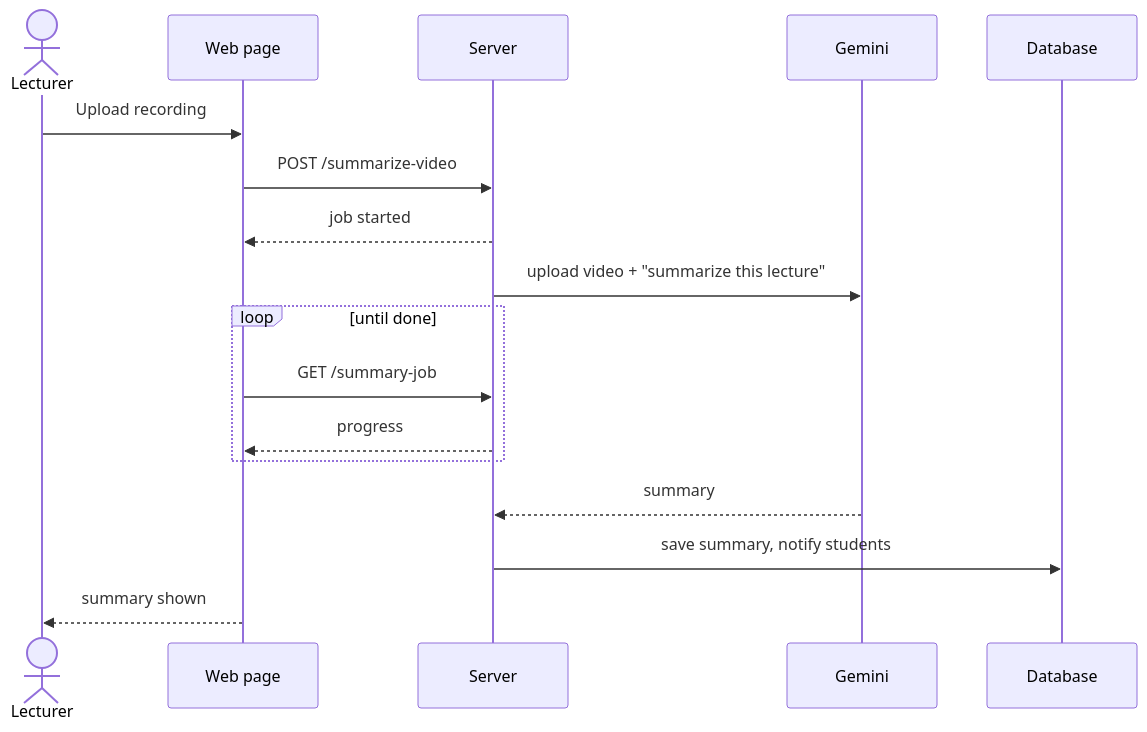
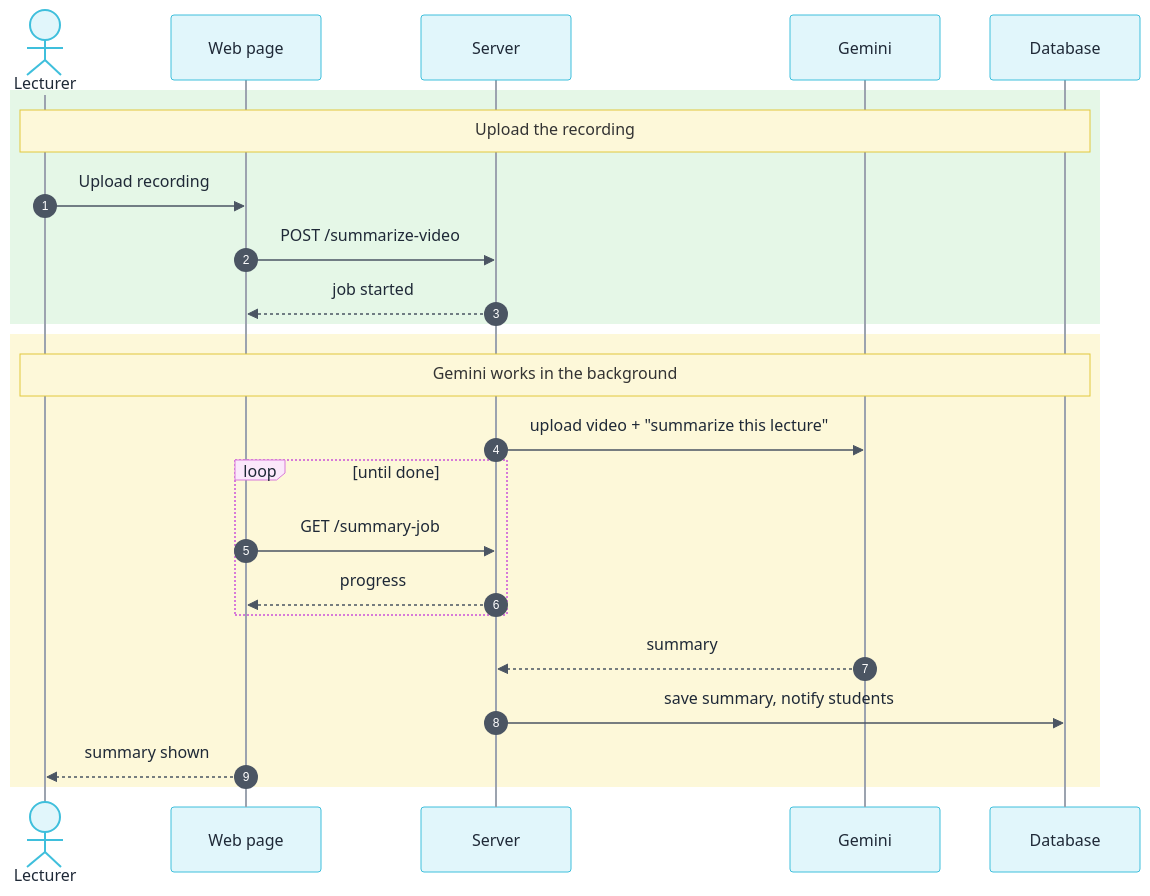
One commit to YairCohen3/OOP-Ex2 changed the fourth of 5 diagrams in Documents/Class and Sequence Diagrams.md. Above: the diagram before and after it, drawn with Mermaid. The commit also changed other lines of this file, not shown here.

````diff
--- a/Documents/Class and Sequence Diagrams.md
+++ b/Documents/Class and Sequence Diagrams.md
@@ -233,20 +302,29 @@
 ```mermaid
+%%{init: {"theme": "base", "themeVariables": {"actorBkg": "#e1f6fb", "actorBorder": "#3fbfdc", "actorTextColor": "#1f2937", "actorLineColor": "#9ca3af", "signalColor": "#4b5563", "signalTextColor": "#1f2937", "labelBoxBkgColor": "#fbe8fb", "labelBoxBorderColor": "#d77ad9", "loopTextColor": "#1f2937", "noteBkgColor": "#fdf8d9", "noteBorderColor": "#e2c83c", "activationBkgColor": "#e5f7e7", "sequenceNumberColor": "#ffffff"}}}%%
 sequenceDiagram
+    autonumber
     actor L as Lecturer
     participant UI as Web page
     participant API as Server
     participant G as Gemini
     participant DB as Database
 
-    L->>UI: Upload recording
-    UI->>API: POST /summarize-video
-    API-->>UI: job started
-    API->>G: upload video + "summarize this lecture"
-    loop until done
-        UI->>API: GET /summary-job
-        API-->>UI: progress
+    rect rgb(229, 247, 231)
+        Note over L,DB: Upload the recording
+        L->>UI: Upload recording
+        UI->>API: POST /summarize-video
+        API-->>UI: job started
     end
-    G-->>API: summary
-    API->>DB: save summary, notify students
-    UI-->>L: summary shown
+
+    rect rgb(253, 248, 217)
+        Note over L,DB: Gemini works in the background
+        API->>G: upload video + "summarize this lecture"
+        loop until done
+            UI->>API: GET /summary-job
+            API-->>UI: progress
+        end
+        G-->>API: summary
+        API->>DB: save summary, notify students
+        UI-->>L: summary shown
+    end
 ```
````
